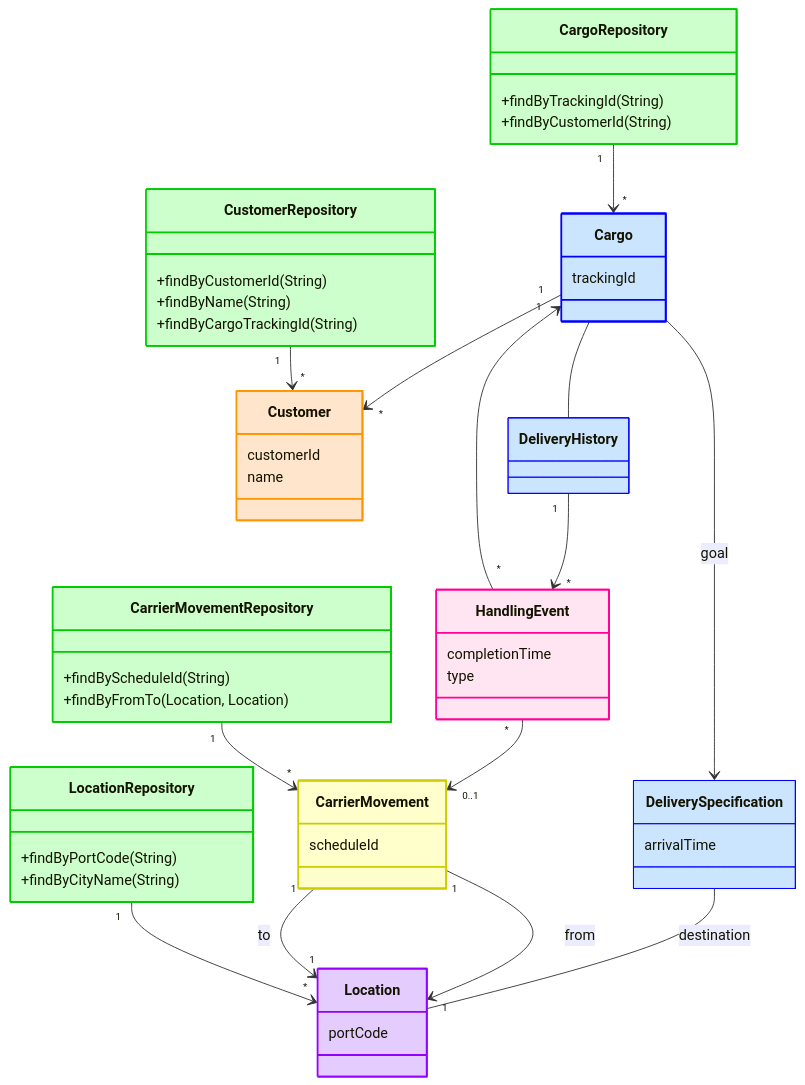
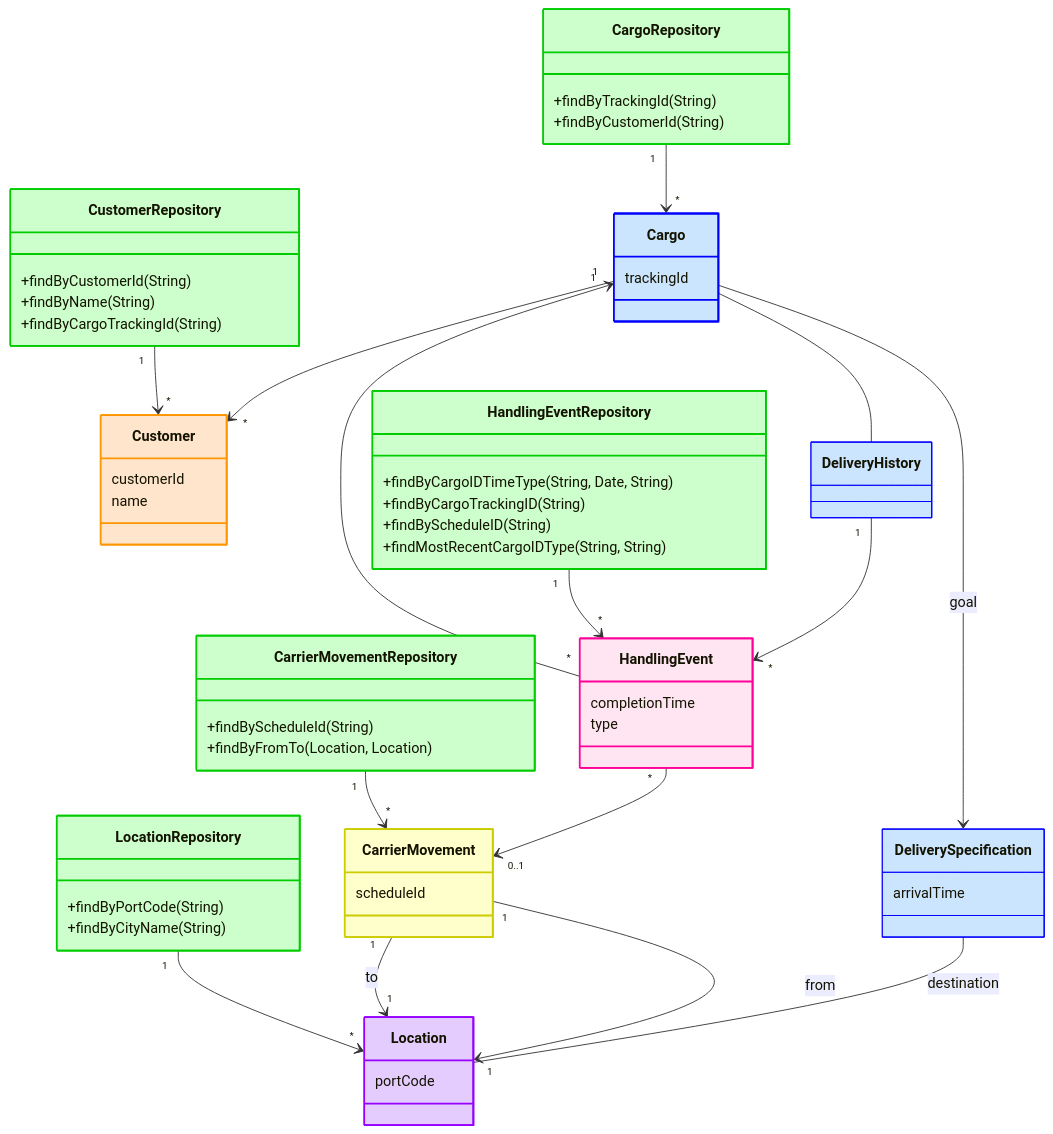
The diagram in docs/architecture/README.md (peterramaldes/cs), drawn with Mermaid before and after one commit. The commit also changed 1 other file, not shown here.

Commit message:
docs: add HandlingEventRepository to repositories documentation

````diff
--- a/docs/architecture/README.md
+++ b/docs/architecture/README.md
@@ -67,6 +67,13 @@
         +findByFromTo(Location, Location)
     }
 
+    class HandlingEventRepository {
+        +findByCargoIDTimeType(String, Date, String)
+        +findByCargoTrackingID(String)
+        +findByScheduleID(String)
+        +findMostRecentCargoIDType(String, String)
+    }
+
     %% Cargo Aggregate (blue)
     style Cargo fill:#cce5ff,stroke:#0000ff,stroke-width:2px
     style DeliveryHistory fill:#cce5ff,stroke:#0000ff,stroke-width:1px
@@ -89,6 +96,7 @@
     style CargoRepository fill:#ccffcc,stroke:#00cc00,stroke-width:2px
     style LocationRepository fill:#ccffcc,stroke:#00cc00,stroke-width:2px
     style CarrierMovementRepository fill:#ccffcc,stroke:#00cc00,stroke-width:2px
+    style HandlingEventRepository fill:#ccffcc,stroke:#00cc00,stroke-width:2px
 
     Cargo "1" --> "*" Customer
     Cargo --> DeliverySpecification : goal
@@ -103,4 +111,5 @@
     CargoRepository "1" --> "*" Cargo
     LocationRepository "1" --> "*" Location
     CarrierMovementRepository "1" --> "*" CarrierMovement
+    HandlingEventRepository "1" --> "*" HandlingEvent
 ```
````
